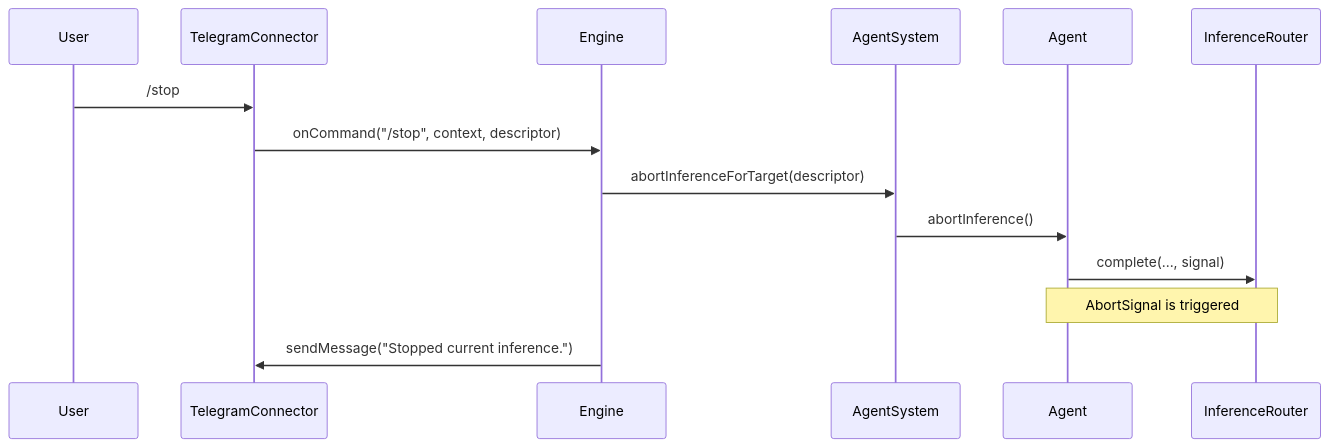
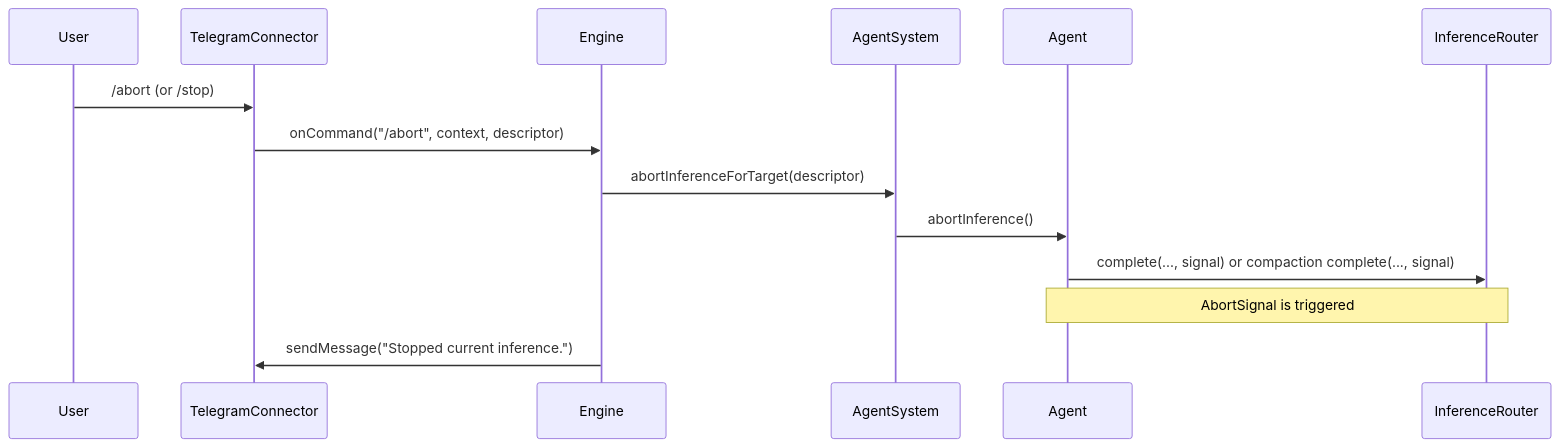
The diagram in doc/internals/telegram-stop-command.md (ex3ndr/daycare), drawn with Mermaid before and after one commit. The commit also changed other lines of this file and 13 other files, not shown here.

Commit message:
fix(engine): harden compaction flow and add trace logging

````diff
--- a/doc/internals/telegram-stop-command.md
+++ b/doc/internals/telegram-stop-command.md
@@ -5,17 +6,17 @@
 ```mermaid
 sequenceDiagram
   participant U as User
   participant T as TelegramConnector
   participant E as Engine
   participant AS as AgentSystem
   participant A as Agent
   participant IR as InferenceRouter
 
-  U->>T: /stop
-  T->>E: onCommand("/stop", context, descriptor)
+  U->>T: /abort (or /stop)
+  T->>E: onCommand("/abort", context, descriptor)
   E->>AS: abortInferenceForTarget(descriptor)
   AS->>A: abortInference()
-  A->>IR: complete(..., signal)
+  A->>IR: complete(..., signal) or compaction complete(..., signal)
   Note over A,IR: AbortSignal is triggered
   E->>T: sendMessage("Stopped current inference.")
 ```
````
